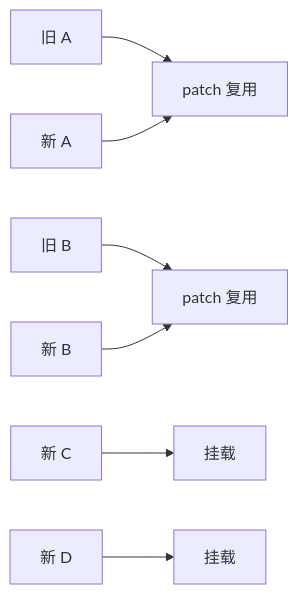
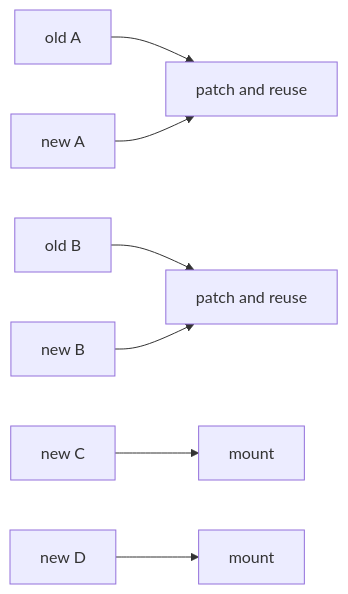
Before and after one commit to Tajigaqzh/front_basic: the ninth of 17 diagrams in docs/vue/source/runtime-core/diff-algorithm-interview.md, drawn with Mermaid. The commit also changed other lines of this file and 11 other files, not shown here.

````diff
--- a/docs/vue/source/runtime-core/diff-algorithm-interview.md
+++ b/docs/vue/source/runtime-core/diff-algorithm-interview.md
@@ -375,11 +375,11 @@
 ```mermaid
 flowchart LR
-  O1[旧 A] --> P1[patch 复用]
-  N1[新 A] --> P1
+  O1["old A"] --> P1["patch and reuse"]
+  N1["new A"] --> P1
 
-  O2[旧 B] --> P2[patch 复用]
-  N2[新 B] --> P2
+  O2["old B"] --> P2["patch and reuse"]
+  N2["new B"] --> P2
 
-  N3[新 C] --> M1[挂载]
-  N4[新 D] --> M2[挂载]
+  N3["new C"] --> M1["mount"]
+  N4["new D"] --> M2["mount"]
 ```
````
